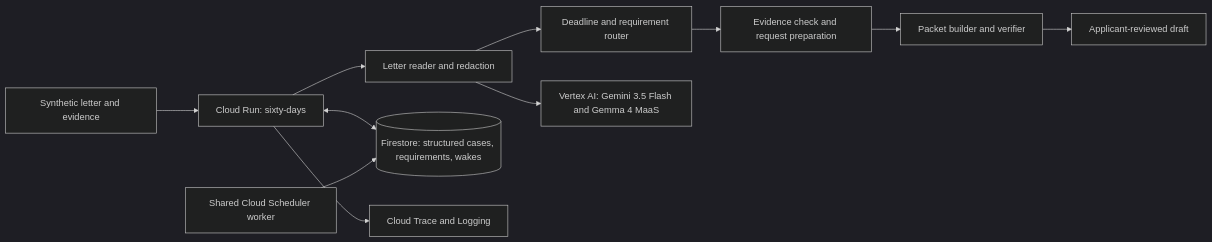
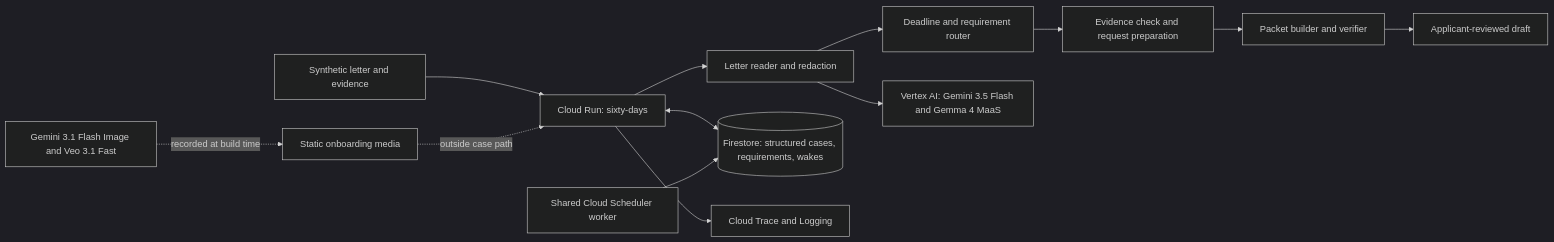
Before and after one commit to usv240/sixty-days: the diagram in docs/architecture.mmd, drawn with Mermaid (dark theme). The commit also changed 19 other files, not shown here.

```diff
--- a/docs/architecture.mmd
+++ b/docs/architecture.mmd
@@ -1,11 +1,13 @@
 flowchart LR
     A[Synthetic letter and evidence] --> B[Cloud Run: sixty-days]
     B --> L[Letter reader and redaction]
     L --> D[Deadline and requirement router]
     D --> E[Evidence check and request preparation]
     E --> P[Packet builder and verifier]
     B <--> F[(Firestore: structured cases, requirements, wakes)]
     L --> V[Vertex AI: Gemini 3.5 Flash and Gemma 4 MaaS]
     S[Shared Cloud Scheduler worker] --> F
     B --> T[Cloud Trace and Logging]
     P --> H[Applicant-reviewed draft]
+    M[Gemini 3.1 Flash Image and Veo 3.1 Fast] -. recorded at build time .-> O[Static onboarding media]
+    O -. outside case path .-> B
```
